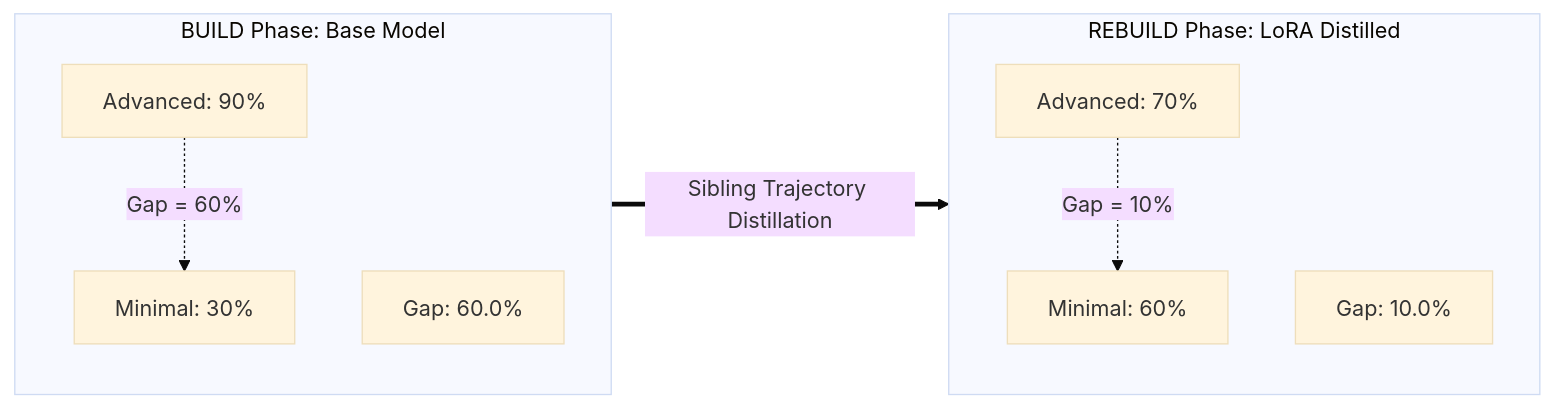
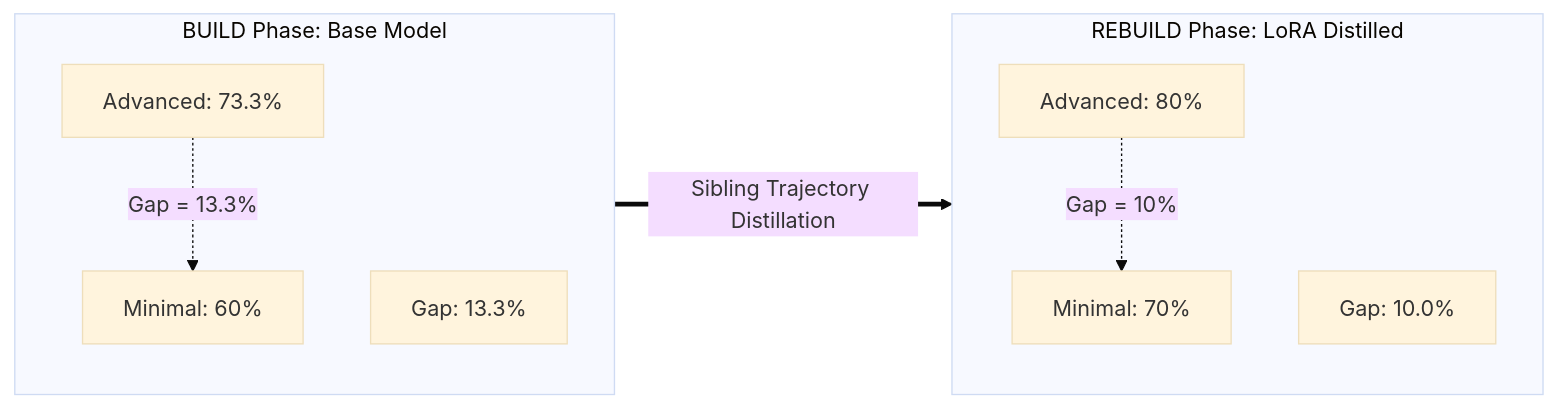
One commit to letrieu728/thucnghiemhelix changed the diagram in closed-loop/REBUILD_REPORT.md. Above: the diagram before and after it, drawn with Mermaid (base theme). The commit also changed other lines of this file and 11 other files, not shown here.

````diff
--- a/closed-loop/REBUILD_REPORT.md
+++ b/closed-loop/REBUILD_REPORT.md
@@ -66,18 +66,18 @@
 ```mermaid
 flowchart LR
     subgraph BUILD [BUILD Phase: Base Model]
-        B_Min["Minimal: 30%"]
-        B_Adv["Advanced: 90%"]
-        B_Gap["Gap: 60.0%"]
-        B_Adv -.->|Gap = 60%| B_Min
+        B_Min["Minimal: 60%"]
+        B_Adv["Advanced: 73.3%"]
+        B_Gap["Gap: 13.3%"]
+        B_Adv -.->|Gap = 13.3%| B_Min
     end
 
     subgraph REBUILD [REBUILD Phase: LoRA Distilled]
-        R_Min["Minimal: 60%"]
-        R_Adv["Advanced: 70%"]
+        R_Min["Minimal: 70%"]
+        R_Adv["Advanced: 80%"]
         R_Gap["Gap: 10.0%"]
         R_Adv -.->|Gap = 10%| R_Min
     end
 
     BUILD ==>|Sibling Trajectory Distillation| REBUILD
 ```
````
